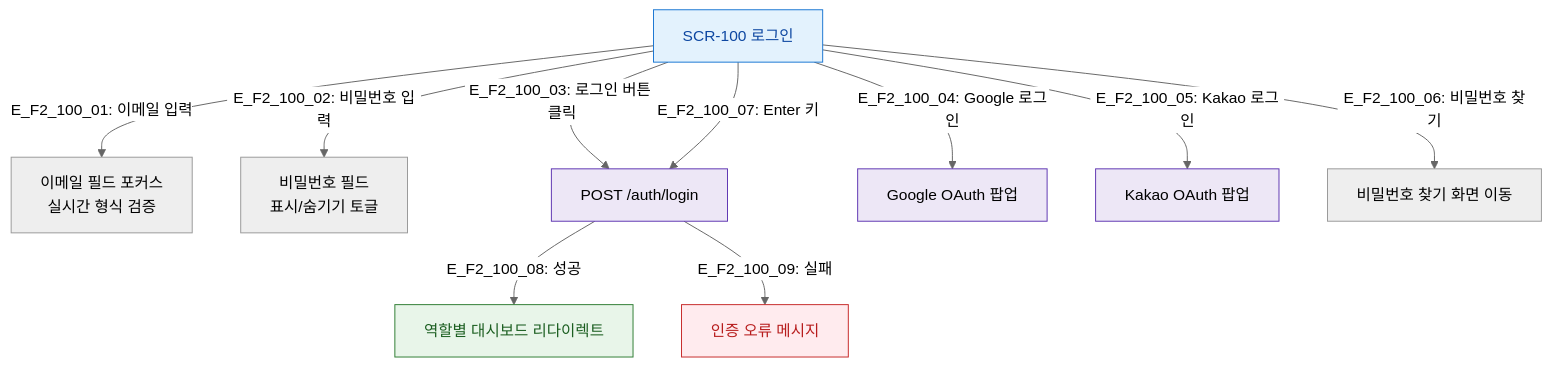
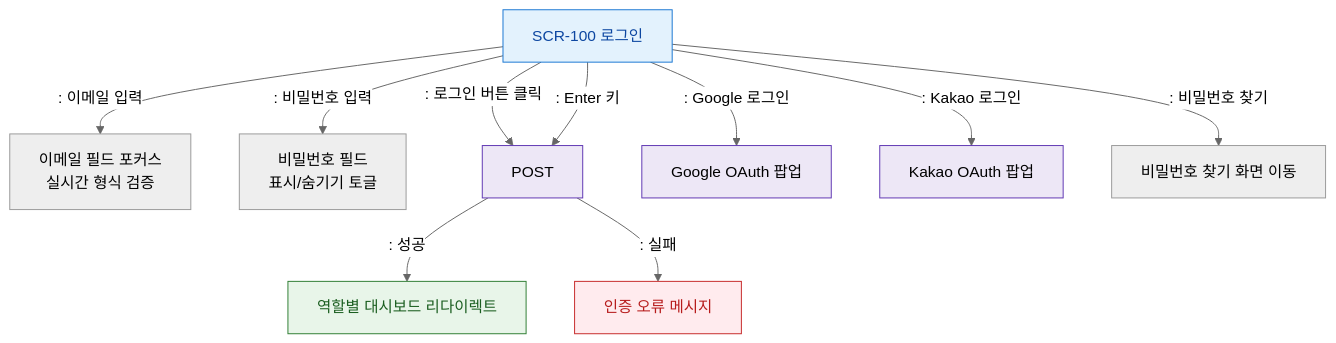
Before and after one commit to dev-spogym/admin-pando: the diagram in docs/다이어그램/D10_본사관리/SCR-100_로그인/F2_메인인터랙션.md, drawn with Mermaid (neutral theme). The commit also changed other lines of this file and 1660 other files, not shown here.

First line of the commit message:
다이어그램: 기획자/클라이언트 납품본으로 정리

````diff
--- a/docs/다이어그램/D10_본사관리/SCR-100_로그인/F2_메인인터랙션.md
+++ b/docs/다이어그램/D10_본사관리/SCR-100_로그인/F2_메인인터랙션.md
@@ -14,24 +12,24 @@
 ```mermaid
 flowchart TD
     SCR100[SCR-100 로그인]
 
-    SCR100 -->|"E_F2_100_01: 이메일 입력"| EmailInput[이메일 필드 포커스\n실시간 형식 검증]
-    SCR100 -->|"E_F2_100_02: 비밀번호 입력"| PwInput[비밀번호 필드\n표시/숨기기 토글]
-    SCR100 -->|"E_F2_100_03: 로그인 버튼 클릭"| LoginAction[POST /auth/login]
-    SCR100 -->|"E_F2_100_04: Google 로그인"| GoogleOAuth[Google OAuth 팝업]
-    SCR100 -->|"E_F2_100_05: Kakao 로그인"| KakaoOAuth[Kakao OAuth 팝업]
-    SCR100 -->|"E_F2_100_06: 비밀번호 찾기"| ForgotPw[비밀번호 찾기 화면 이동]
-    SCR100 -->|"E_F2_100_07: Enter 키"| LoginAction
+    SCR100 -->|": 이메일 입력"|EmailInput[이메일 필드 포커스\n실시간 형식 검증]
+    SCR100 -->|": 비밀번호 입력"|PwInput[비밀번호 필드\n표시/숨기기 토글]
+    SCR100 -->|": 로그인 버튼 클릭"|LoginAction[POST]
+    SCR100 -->|": Google 로그인"|GoogleOAuth[Google OAuth 팝업]
+    SCR100 -->|": Kakao 로그인"|KakaoOAuth[Kakao OAuth 팝업]
+    SCR100 -->|": 비밀번호 찾기"|ForgotPw[비밀번호 찾기 화면 이동]
+    SCR100 -->|": Enter 키"|LoginAction
 
-    LoginAction -->|"E_F2_100_08: 성공"| Redirect[역할별 대시보드 리다이렉트]
-    LoginAction -->|"E_F2_100_09: 실패"| LoginErr[인증 오류 메시지]
+    LoginAction -->|": 성공"|Redirect[역할별 대시보드 리다이렉트]
+    LoginAction -->|": 실패"|LoginErr[인증 오류 메시지]
 
     classDef screen fill:#E3F2FD,stroke:#1976D2,color:#0D47A1
     classDef success fill:#E8F5E9,stroke:#2E7D32,color:#1B5E20
     classDef error fill:#FFEBEE,stroke:#C62828,color:#B71C1C
     classDef system fill:#EDE7F6,stroke:#5E35B2
     class SCR100 screen
     class Redirect success
     class LoginErr error
     class LoginAction,GoogleOAuth,KakaoOAuth system
 ```
````
